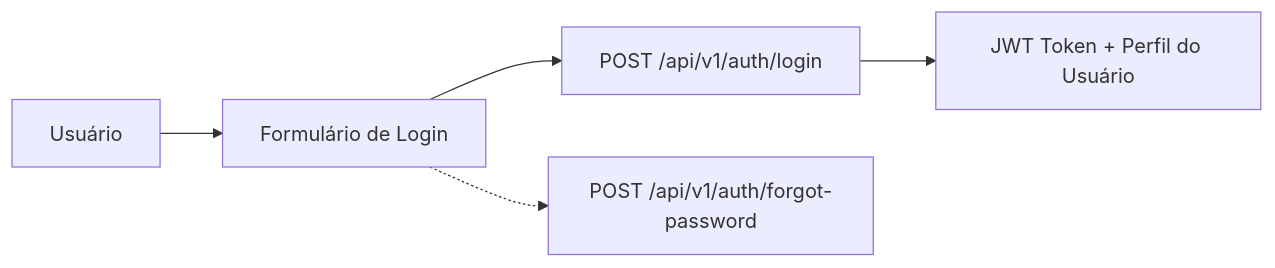
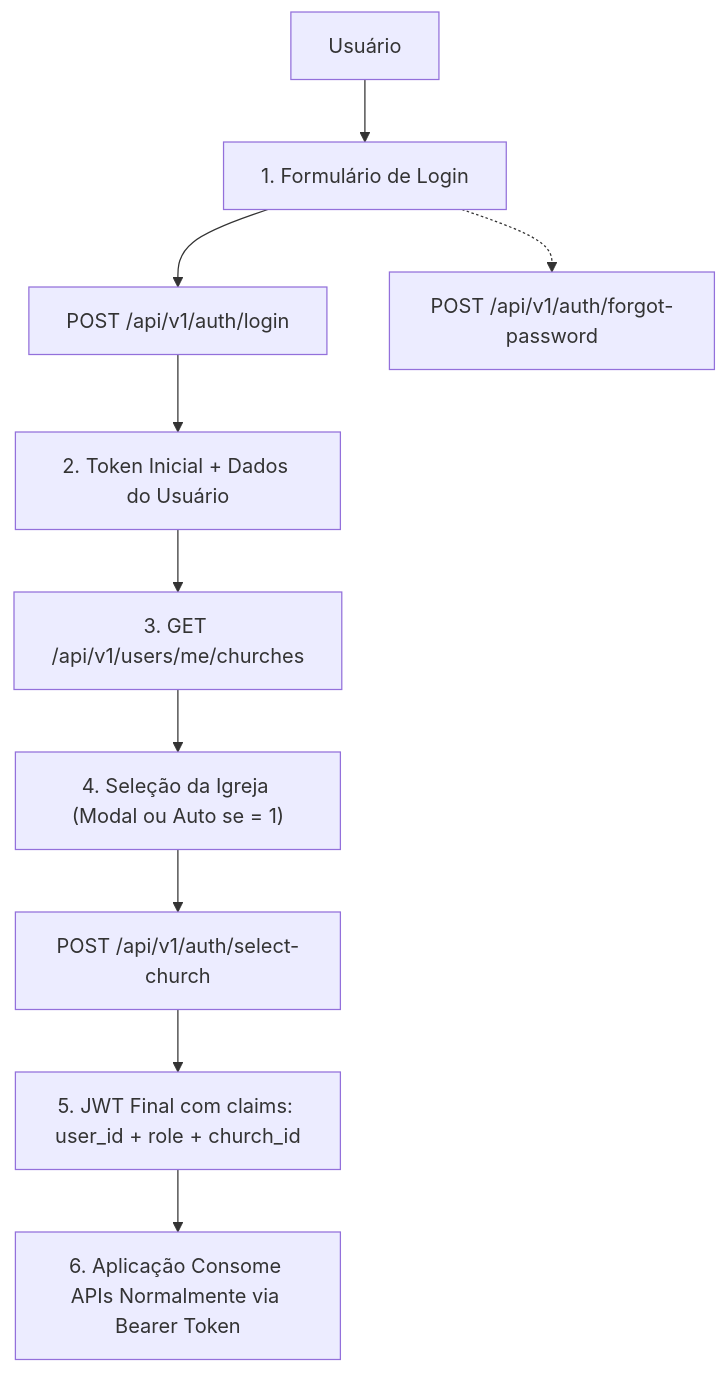
Before and after one commit to henriquehl/escala_ministros_front: the first of 5 diagrams in docs/SUGESTAO_CONTRATOS_API.md, drawn with Mermaid. The commit also changed other lines of this file and 27 other files, not shown here.

````diff
--- a/docs/SUGESTAO_CONTRATOS_API.md
+++ b/docs/SUGESTAO_CONTRATOS_API.md
@@ -56,7 +57,12 @@
 ```mermaid
-flowchart LR
-    User["Usuário"] --> Form["Formulário de Login"]
-    Form --> API["POST /api/v1/auth/login"]
-    API --> JWT["JWT Token + Perfil do Usuário"]
+flowchart TD
+    User["Usuário"] --> Form["1. Formulário de Login"]
+    Form --> APILogin["POST /api/v1/auth/login"]
+    APILogin --> JWTInit["2. Token Inicial + Dados do Usuário"]
+    JWTInit --> APIChurches["3. GET /api/v1/users/me/churches"]
+    APIChurches --> SelectChurch["4. Seleção da Igreja (Modal ou Auto se = 1)"]
+    SelectChurch --> APISelect["POST /api/v1/auth/select-church"]
+    APISelect --> JWTFinal["5. JWT Final com claims: user_id + role + church_id"]
+    JWTFinal --> AppReady["6. Aplicação Consome APIs Normalmente via Bearer Token"]
     Form -.-> Forgot["POST /api/v1/auth/forgot-password"]
 ```
````
